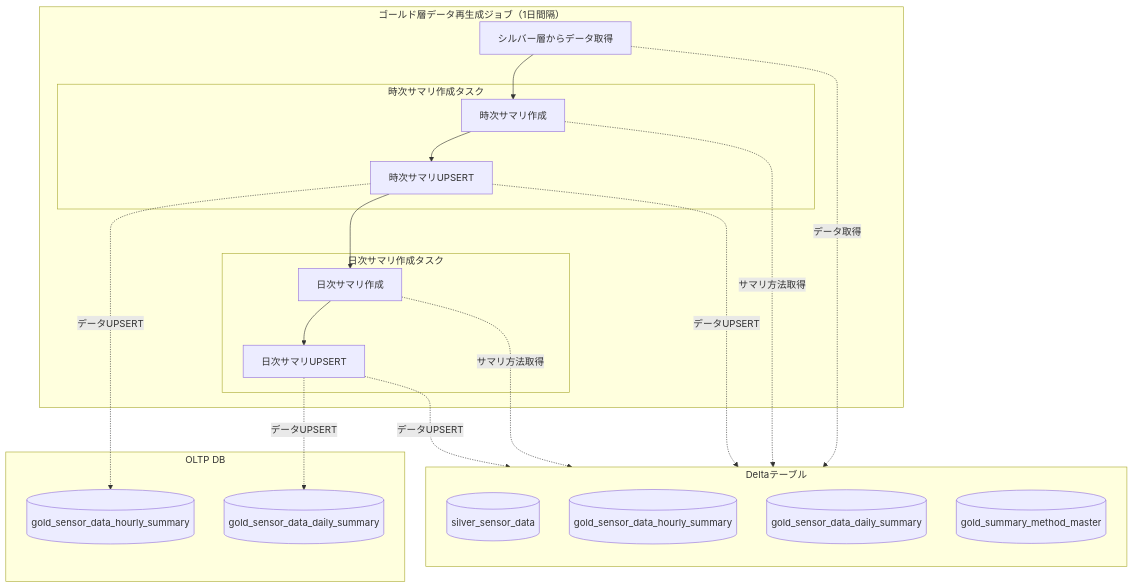
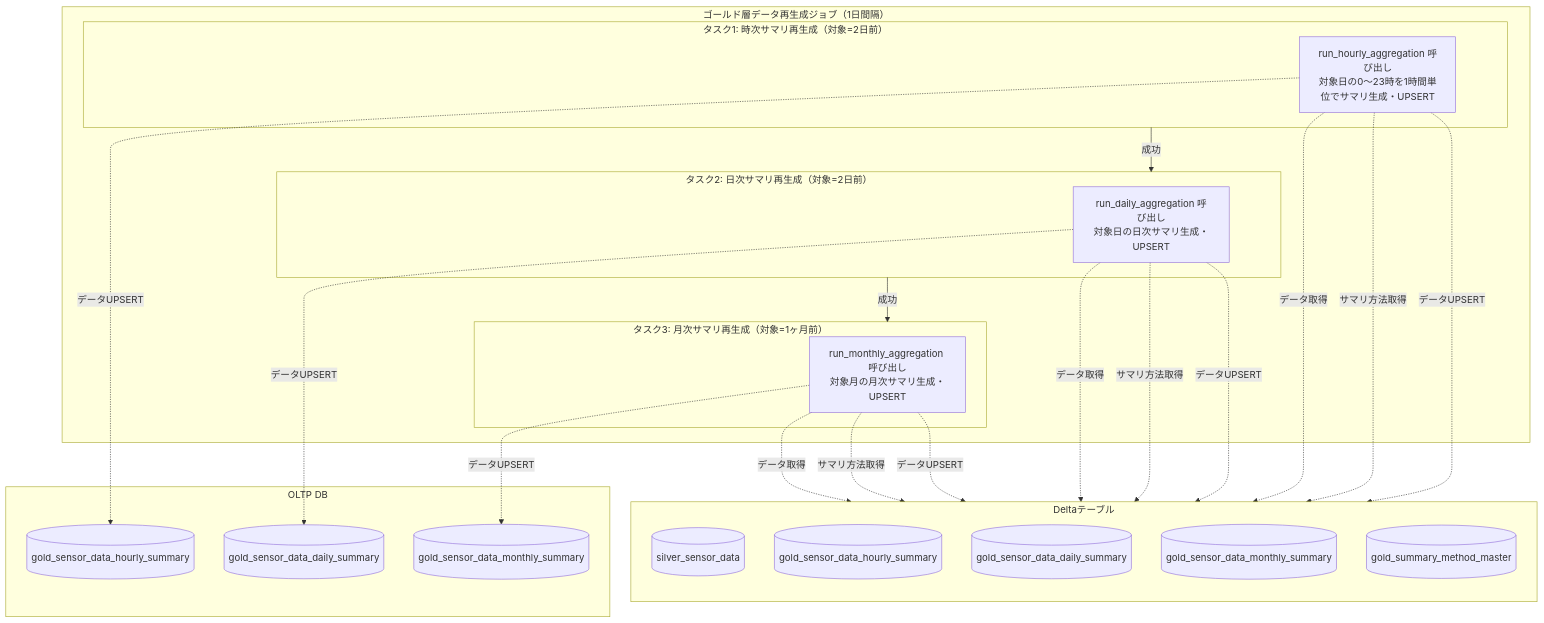
The first of 2 diagrams in docs/03-features/batch/gold-data-overwrite/README.md (NSW-SVCP-AIWG002/Databricks-IoT), drawn with Mermaid before and after one commit. The commit also changed other lines of this file and 10 other files, not shown here.

````diff
--- a/docs/03-features/batch/gold-data-overwrite/README.md
+++ b/docs/03-features/batch/gold-data-overwrite/README.md
@@ -128,45 +132,47 @@
 ```mermaid
 flowchart TD
     subgraph Batch["ゴールド層データ再生成ジョブ（1日間隔）"]
-        GetData[シルバー層からデータ取得]
-
-        subgraph Hourly[時次サマリ作成タスク]
-            SummaryHourly[時次サマリ作成]
-            UpsertHourly[時次サマリUPSERT]
-        
-            SummaryHourly --> UpsertHourly
+        subgraph Hourly["タスク1: 時次サマリ再生成（対象=2日前）"]
+            T1[run_hourly_aggregation 呼び出し<br>対象日の0〜23時を1時間単位でサマリ生成・UPSERT]
         end
 
-        subgraph Daily[日次サマリ作成タスク]
-            SummaryDaily[日次サマリ作成]
-            UpsertDaily[日次サマリUPSERT]
-
-            SummaryDaily --> UpsertDaily
+        subgraph Daily["タスク2: 日次サマリ再生成（対象=2日前）"]
+            T2[run_daily_aggregation 呼び出し<br>対象日の日次サマリ生成・UPSERT]
         end
 
-        GetData --> SummaryHourly
-        UpsertHourly --> SummaryDaily
+        subgraph Monthly["タスク3: 月次サマリ再生成（対象=1ヶ月前）"]
+            T3[run_monthly_aggregation 呼び出し<br>対象月の月次サマリ生成・UPSERT]
+        end
 
+        Hourly -->|成功| Daily
+        Daily -->|成功| Monthly
     end
 
     subgraph DeltaTable["Deltaテーブル"]
         direction TD
         SilverData[(silver_sensor_data)]
         DHourlySummary[(gold_sensor_data_hourly_summary)]
         DDailySummary[(gold_sensor_data_daily_summary)]
+        DMonthlySummary[(gold_sensor_data_monthly_summary)]
         SummaryMethod[(gold_summary_method_master)]
     end
 
     subgraph OLTP["OLTP DB"]
         OHourlySummary[(gold_sensor_data_hourly_summary)]
         ODailySummary[(gold_sensor_data_daily_summary)]
+        OMonthlySummary[(gold_sensor_data_monthly_summary)]
     end
 
-    GetData -.-> |データ取得|SilverData
-    SummaryHourly　-.-> |サマリ方法取得|SummaryMethod
-    UpsertHourly -.-> |データUPSERT|DHourlySummary
-    UpsertHourly -.-> |データUPSERT|OHourlySummary
-    SummaryDaily　-.-> |サマリ方法取得|SummaryMethod
-    UpsertDaily -.-> |データUPSERT|DDailySummary
-    UpsertDaily -.-> |データUPSERT|ODailySummary
+    T1 -.-> |データ取得|SilverData
+    T1 -.-> |サマリ方法取得|SummaryMethod
+    T1 -.-> |データUPSERT|DHourlySummary
+    T1 -.-> |データUPSERT|OHourlySummary
+    T2 -.-> |データ取得|SilverData
+    T2 -.-> |サマリ方法取得|SummaryMethod
+    T2 -.-> |データUPSERT|DDailySummary
+    T2 -.-> |データUPSERT|ODailySummary
+    T3 -.-> |データ取得|SilverData
+    T3 -.-> |サマリ方法取得|SummaryMethod
+    T3 -.-> |データUPSERT|DMonthlySummary
+    T3 -.-> |データUPSERT|OMonthlySummary
 ```
````
